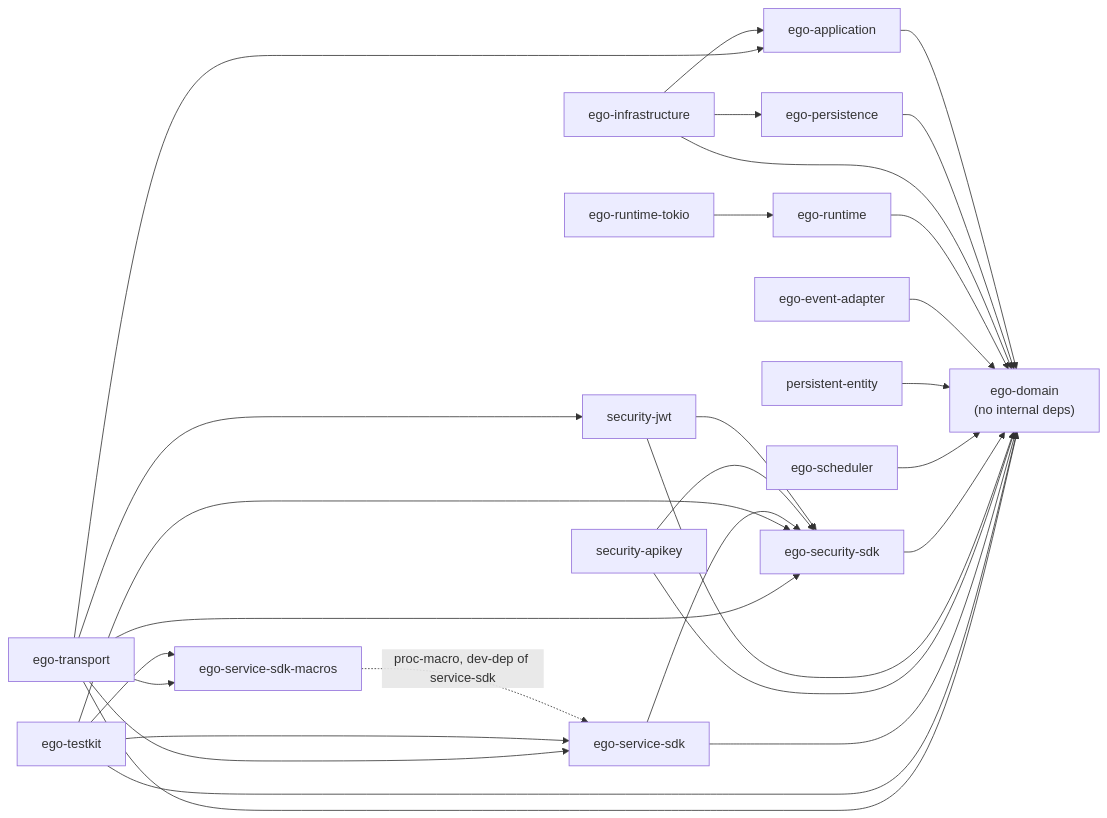
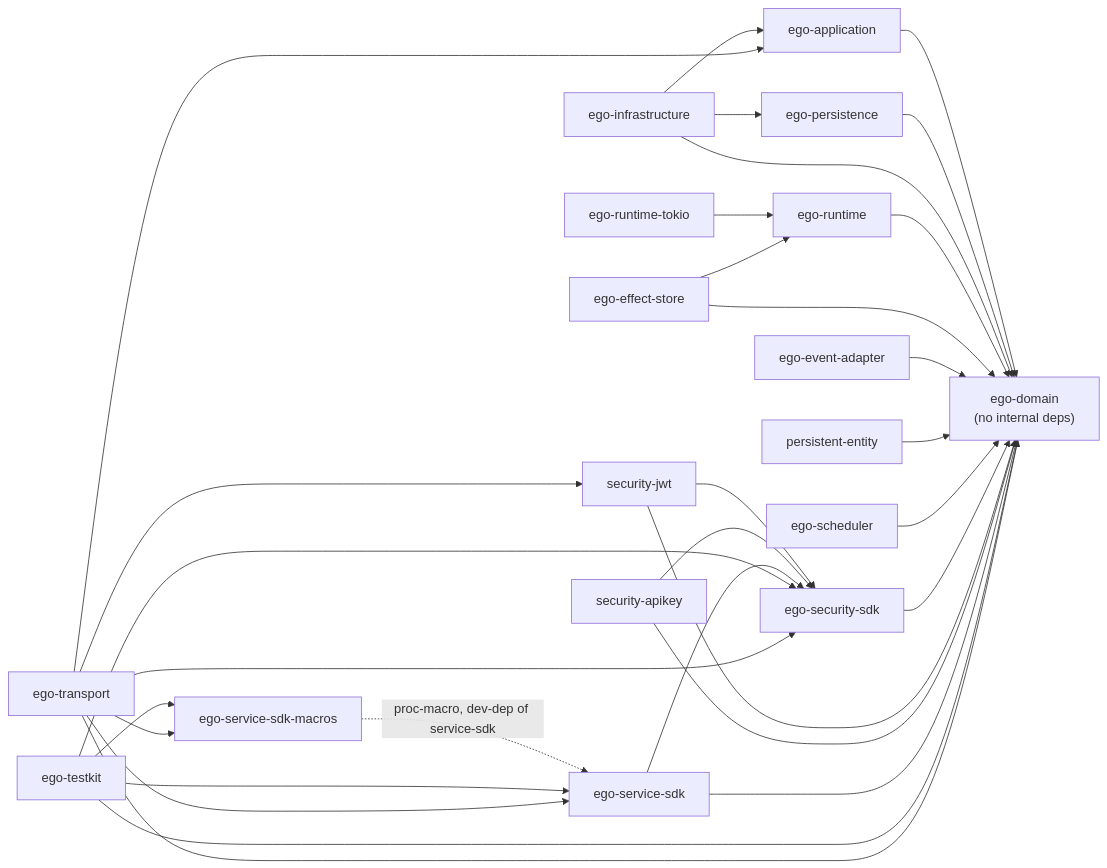
One commit to pablogore/ego-rs changed the second of 10 diagrams in COOKBOOK.md. Above: the diagram before and after it, drawn with Mermaid. The commit also changed other lines of this file and 1 other file, not shown here.

Commit message:
docs: add ego-effect-store to crate inventory (README, COOKBOOK) (#360)

````diff
--- a/COOKBOOK.md
+++ b/COOKBOOK.md
@@ -102,38 +103,40 @@
 ```mermaid
 flowchart LR
     domain["ego-domain<br/>(no internal deps)"]
 
     application["ego-application"] --> domain
     persistence["ego-persistence"] --> domain
     infrastructure["ego-infrastructure"] --> application
     infrastructure --> persistence
     infrastructure --> domain
 
     runtime["ego-runtime"] --> domain
     runtime_tokio["ego-runtime-tokio"] --> runtime
+    effect_store["ego-effect-store"] --> runtime
+    effect_store --> domain
     event_adapter["ego-event-adapter"] --> domain
     persistent_entity["persistent-entity"] --> domain
     scheduler["ego-scheduler"] --> domain
 
     security_sdk["ego-security-sdk"] --> domain
     security_jwt["security-jwt"] --> security_sdk
     security_jwt --> domain
     security_apikey["security-apikey"] --> security_sdk
     security_apikey --> domain
 
     service_sdk["ego-service-sdk"] --> domain
     service_sdk --> security_sdk
     macros["ego-service-sdk-macros"] -.->|proc-macro, dev-dep of service-sdk| service_sdk
 
     testkit["ego-testkit"] --> domain
     testkit --> security_sdk
     testkit --> service_sdk
     testkit --> macros
 
     transport["ego-transport"] --> domain
     transport --> application
     transport --> service_sdk
     transport --> security_sdk
     transport --> security_jwt
     transport --> macros
 ```
````
